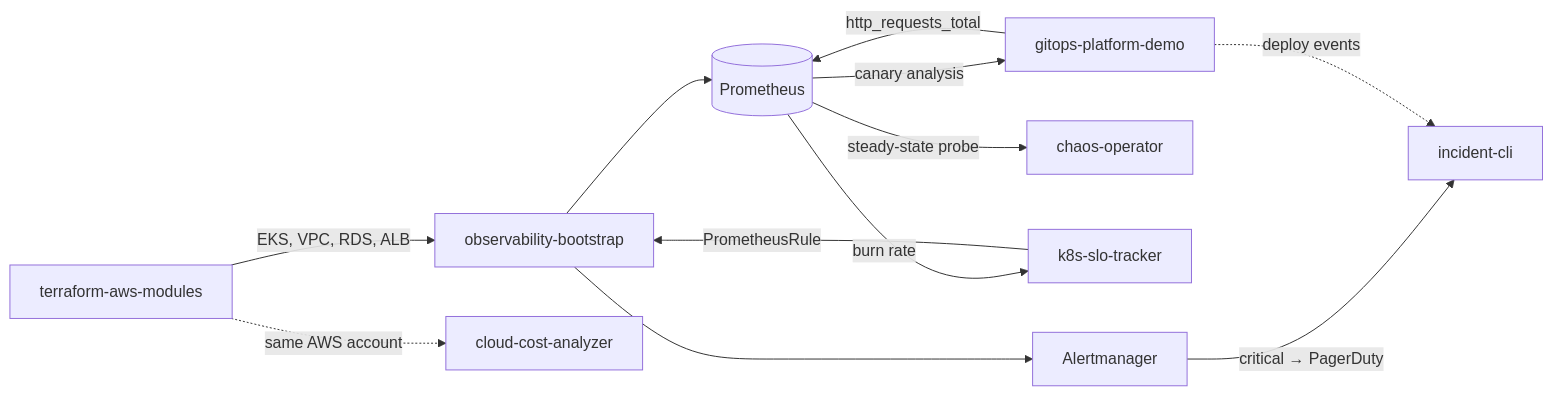
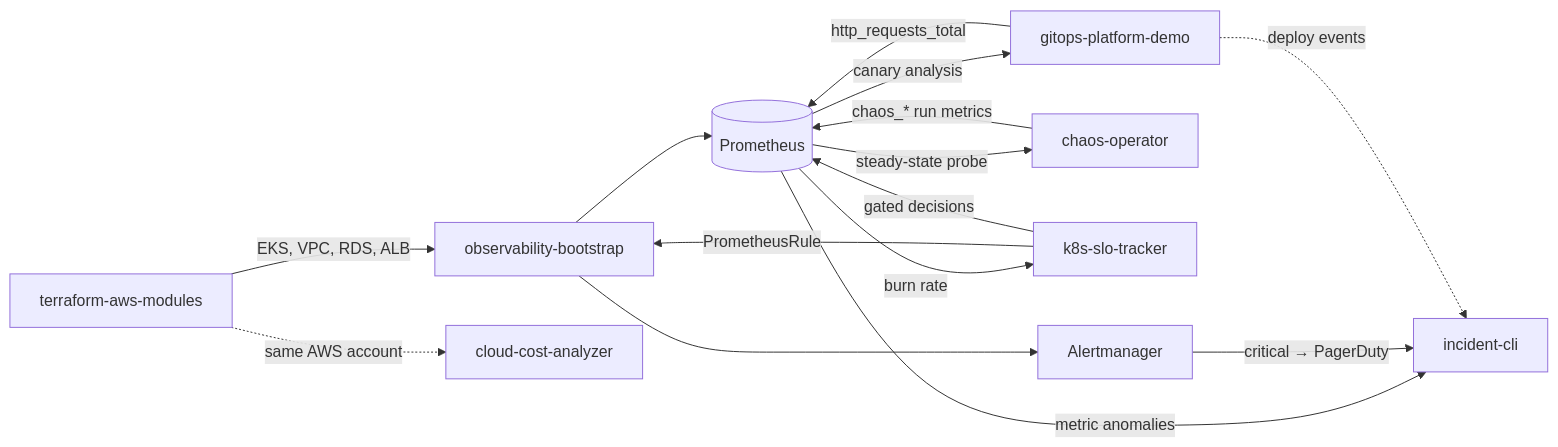
The diagram in README.md (jamespham8929/jamespham8929), drawn with Mermaid before and after one commit. The commit also changed other lines of this file, not shown here.

First line of the commit message:
chaos runs and gated slo decisions now reach prometheus

````diff
--- a/README.md
+++ b/README.md
@@ -12,24 +12,27 @@
 ```mermaid
 flowchart LR
   TF["terraform-aws-modules"]
   OBS["observability-bootstrap"]
   GITOPS["gitops-platform-demo"]
   CHAOS["chaos-operator"]
   SLO["k8s-slo-tracker"]
   INC["incident-cli"]
   COST["cloud-cost-analyzer"]
   PROM[("Prometheus")]
   AM["Alertmanager"]
 
   TF -->|"EKS, VPC, RDS, ALB"| OBS
   OBS --> PROM
   OBS --> AM
   GITOPS -->|"http_requests_total"| PROM
   PROM -->|"canary analysis"| GITOPS
   PROM -->|"burn rate"| SLO
   SLO -->|"PrometheusRule"| OBS
   PROM -->|"steady-state probe"| CHAOS
+  CHAOS -->|"chaos_* run metrics"| PROM
+  SLO -->|"gated decisions"| PROM
+  PROM -->|"metric anomalies"| INC
   AM -->|"critical → PagerDuty"| INC
   TF -.->|"same AWS account"| COST
   GITOPS -.->|"deploy events"| INC
 ```
````
